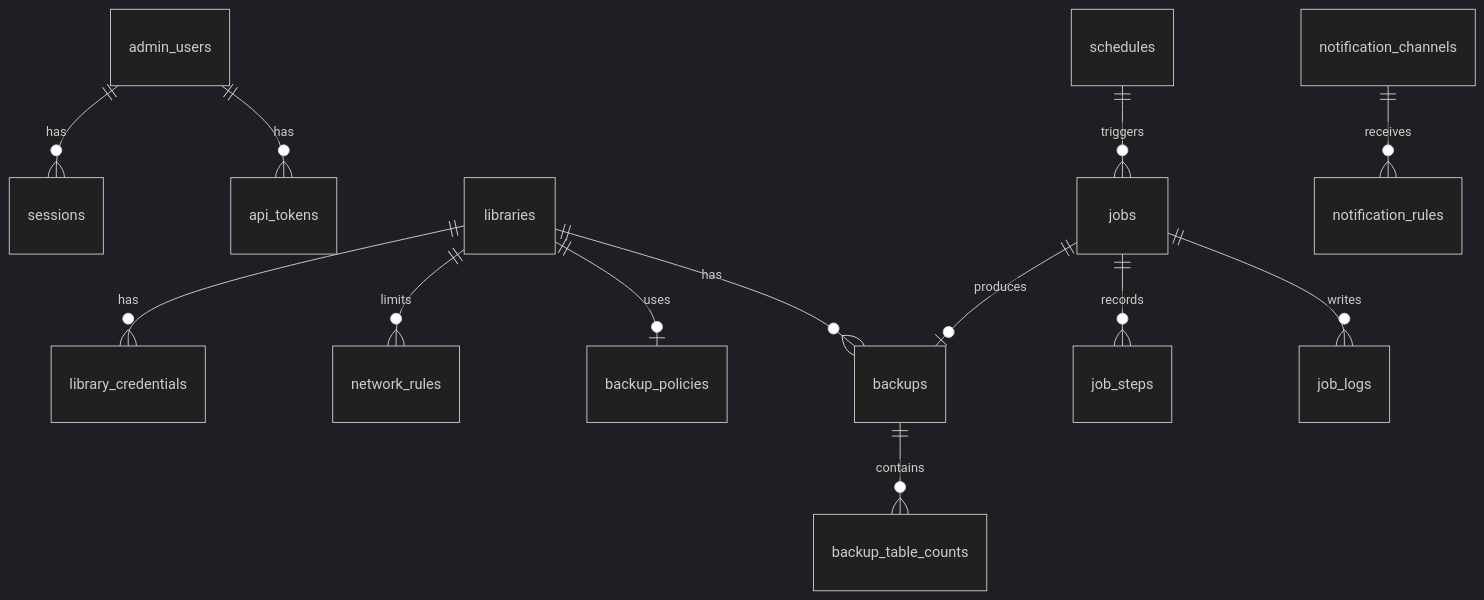
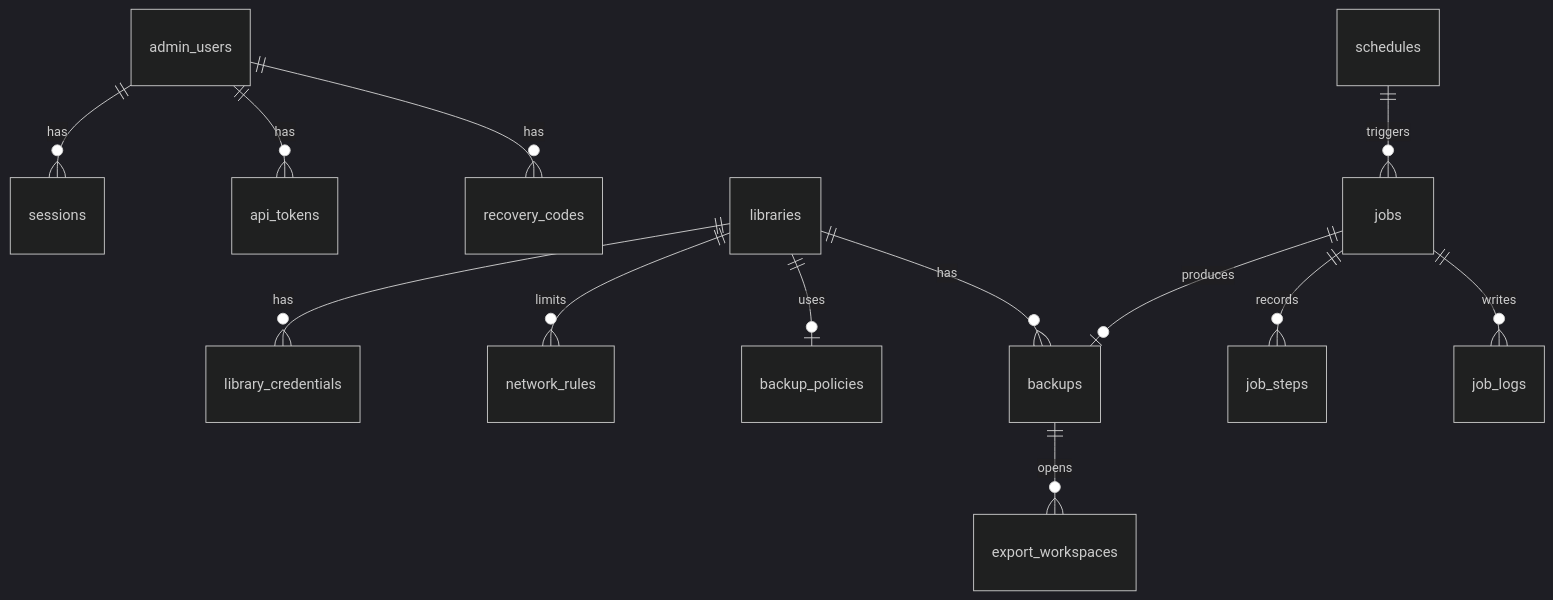
Before and after one commit to donutinit/sqsolve: the second of 2 diagrams in docs/07-libraries-and-postgresql.md, drawn with Mermaid (dark theme). The commit also changed other lines of this file and 53 other files, not shown here.

````diff
--- a/docs/07-libraries-and-postgresql.md
+++ b/docs/07-libraries-and-postgresql.md
@@ -366,15 +393,15 @@
 ```mermaid
 erDiagram
   admin_users ||--o{ sessions : has
   admin_users ||--o{ api_tokens : has
+  admin_users ||--o{ recovery_codes : has
   libraries ||--o{ library_credentials : has
   libraries ||--o{ network_rules : limits
   libraries ||--o| backup_policies : uses
   libraries ||--o{ backups : has
-  backups ||--o{ backup_table_counts : contains
+  backups ||--o{ export_workspaces : opens
   jobs ||--o{ job_steps : records
   jobs ||--o{ job_logs : writes
   jobs ||--o| backups : produces
   schedules ||--o{ jobs : triggers
-  notification_channels ||--o{ notification_rules : receives
 ```
````
